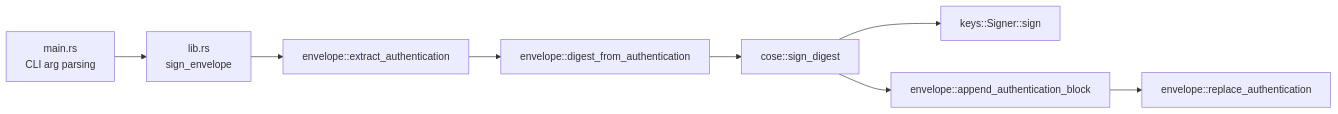
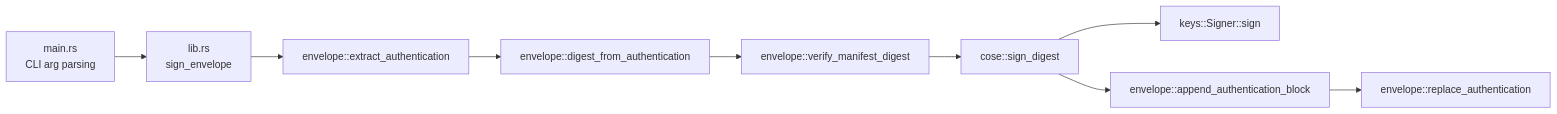
The diagram in assets/DESIGN.md (ariel-os/brody), drawn with Mermaid before and after one commit. The commit also changed other lines of this file and 8 other files, not shown here.

Commit message:
feat: verify SUIT_Digest against manifest before signing

````diff
--- a/assets/DESIGN.md
+++ b/assets/DESIGN.md
@@ -9,10 +9,11 @@
 ```mermaid
 flowchart LR
     CLI[main.rs\nCLI arg parsing] --> LIB[lib.rs\nsign_envelope]
     LIB --> ENV1[envelope::extract_authentication]
     ENV1 --> ENV2[envelope::digest_from_authentication]
-    ENV2 --> COSE[cose::sign_digest]
+    ENV2 --> VERIFY[envelope::verify_manifest_digest]
+    VERIFY --> COSE[cose::sign_digest]
     COSE --> KEYS[keys::Signer::sign]
     COSE --> ENV3[envelope::append_authentication_block]
     ENV3 --> ENV4[envelope::replace_authentication]
 ```
````
